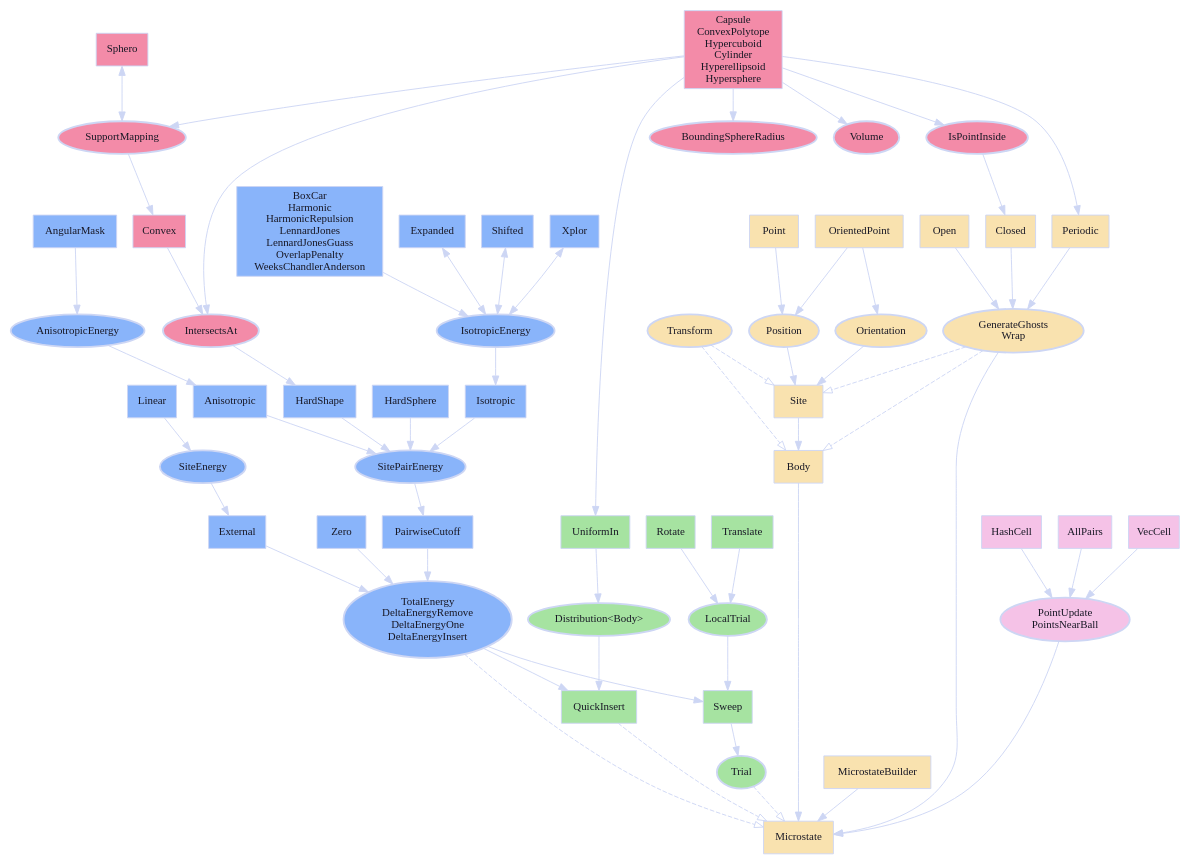
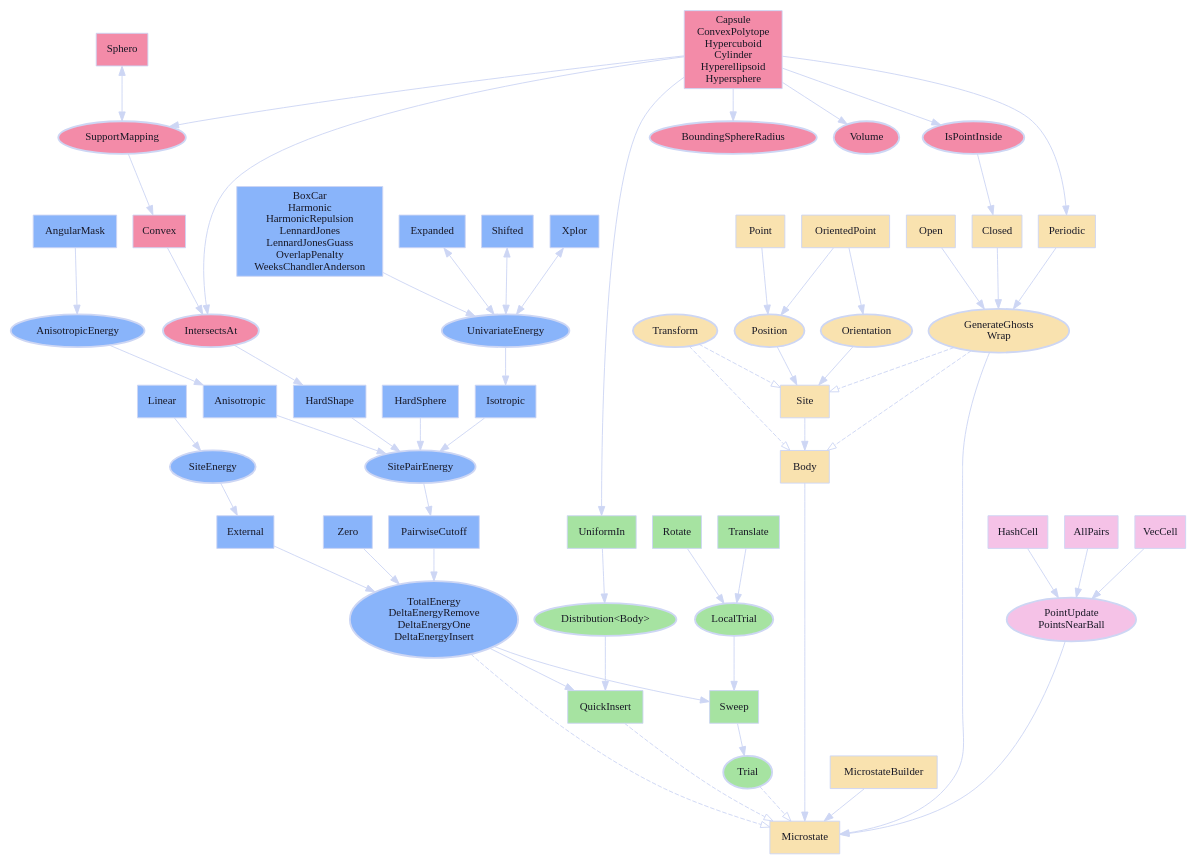
Before and after one commit to glotzerlab/hoomd-rs: the diagram in doc/figures/structure-dark.dot, drawn with Graphviz. The commit also changed 4 other files, not shown here.

Commit message:
Use UnivariateEnergy in structure overview.

```diff
--- a/doc/figures/structure-dark.dot
+++ b/doc/figures/structure-dark.dot
@@ -25,7 +25,7 @@
         SiteEnergy
         // pairwise
         AnisotropicEnergy
-        IsotropicEnergy
+        UnivariateEnergy
 
         Hamiltonian [ label="TotalEnergy\nDeltaEnergyRemove\nDeltaEnergyOne\nDeltaEnergyInsert"]
 
@@ -38,14 +38,14 @@
         Linear -> SiteEnergy
         AngularMask -> AnisotropicEnergy
         AnisotropicEnergy -> Anisotropic
-        Expanded -> IsotropicEnergy [ dir=both ]
+        Expanded -> UnivariateEnergy [ dir=both ]
         HardShape -> SitePairEnergy
         HardSphere -> SitePairEnergy
-        isotropic_potentials -> IsotropicEnergy
-        IsotropicEnergy -> Isotropic
+        isotropic_potentials -> UnivariateEnergy
+        UnivariateEnergy -> Isotropic
         Isotropic -> SitePairEnergy
-        Shifted -> IsotropicEnergy [ dir=both ]
-        Xplor -> IsotropicEnergy [ dir=both ]
+        Shifted -> UnivariateEnergy [ dir=both ]
+        Xplor -> UnivariateEnergy [ dir=both ]
         Anisotropic -> SitePairEnergy
 
         External -> Hamiltonian
@@ -61,7 +61,7 @@
         Expanded [ URL="../api/hoomd_interaction/pairwise/struct.Expanded.html" ]
         Xplor [ URL="../api/hoomd_interaction/pairwise/struct.Xplor.html" ]
         Isotropic [ URL="../api/hoomd_interaction/pairwise/struct.Isotropic.html" ]
-        IsotropicEnergy [ URL="../api/hoomd_interaction/pairwise/struct.IsotropicEnergy.html" ]
+        UnivariateEnergy [ URL="../api/hoomd_interaction/pairwise/struct.UnivariateEnergy.html" ]
         SitePairEnergy [ URL="../api/hoomd_interaction/trait.SitePairEnergy.html" ]
         PairwiseCutoff [ URL="../api/hoomd_interaction/struct.PairwiseCutoff.html" ]
         Linear [ URL="../api/hoomd_interaction/external/struct.Linear.html" ]
```
